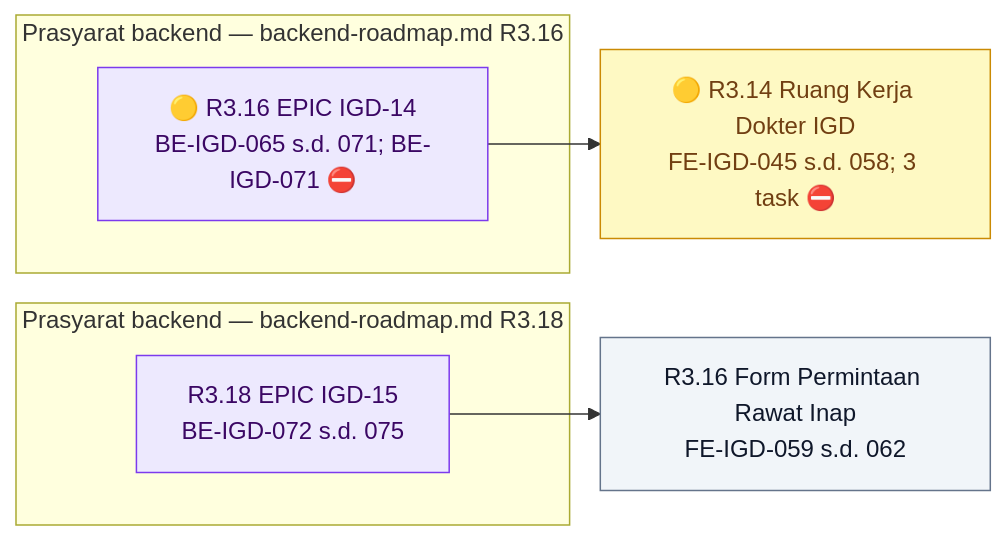
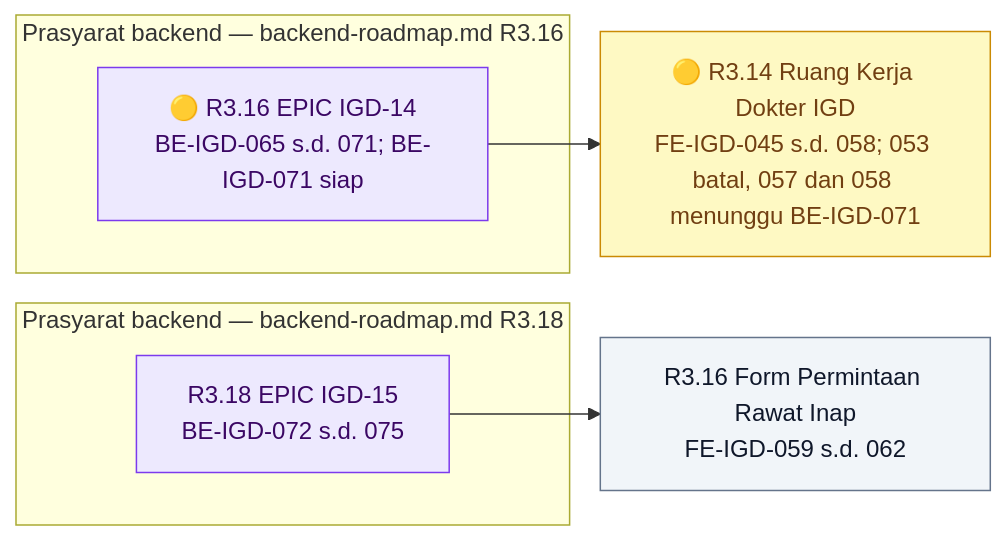
The second of 19 diagrams in docs/module-blueprints/igd/roadmap/frontend-roadmap.md (DevBenari/NewQuilvianSystemBackend), drawn with Mermaid before and after one commit. The commit also changed other lines of this file and 15 other files, not shown here.

First line of the commit message:
docs(igd): revisi 16 — dokter pemberi instruksi pesanan Lab/Rad perawat IGD

````diff
--- a/docs/module-blueprints/igd/roadmap/frontend-roadmap.md
+++ b/docs/module-blueprints/igd/roadmap/frontend-roadmap.md
@@ -149,23 +149,23 @@
 ```mermaid
 flowchart LR
     classDef selesai fill:#DCFCE7,stroke:#16A34A,color:#14532D
     classDef sebagian fill:#FEF9C3,stroke:#CA8A04,color:#713F12
     classDef terblokir fill:#FEE2E2,stroke:#DC2626,color:#7F1D1D
     classDef belum fill:#F1F5F9,stroke:#64748B,color:#0F172A
     classDef luar fill:#EDE9FE,stroke:#7C3AED,color:#3B0764
 
     subgraph backendB["Prasyarat backend — backend-roadmap.md R3.16"]
-        BR316["🟡 R3.16 EPIC IGD-14<br/>BE-IGD-065 s.d. 071; BE-IGD-071 ⛔"]:::luar
+        BR316["🟡 R3.16 EPIC IGD-14<br/>BE-IGD-065 s.d. 071; BE-IGD-071 siap"]:::luar
     end
 
-    FDOKTER["🟡 R3.14 Ruang Kerja Dokter IGD<br/>FE-IGD-045 s.d. 058; 3 task ⛔"]:::sebagian
+    FDOKTER["🟡 R3.14 Ruang Kerja Dokter IGD<br/>FE-IGD-045 s.d. 058; 053 batal, 057 dan 058 menunggu BE-IGD-071"]:::sebagian
 
     subgraph backendC["Prasyarat backend — backend-roadmap.md R3.18"]
         BR318["R3.18 EPIC IGD-15<br/>BE-IGD-072 s.d. 075"]:::luar
     end
 
     FFORM["R3.16 Form Permintaan Rawat Inap<br/>FE-IGD-059 s.d. 062"]:::belum
 
     BR316 --> FDOKTER
     BR318 --> FFORM
 ```
````
